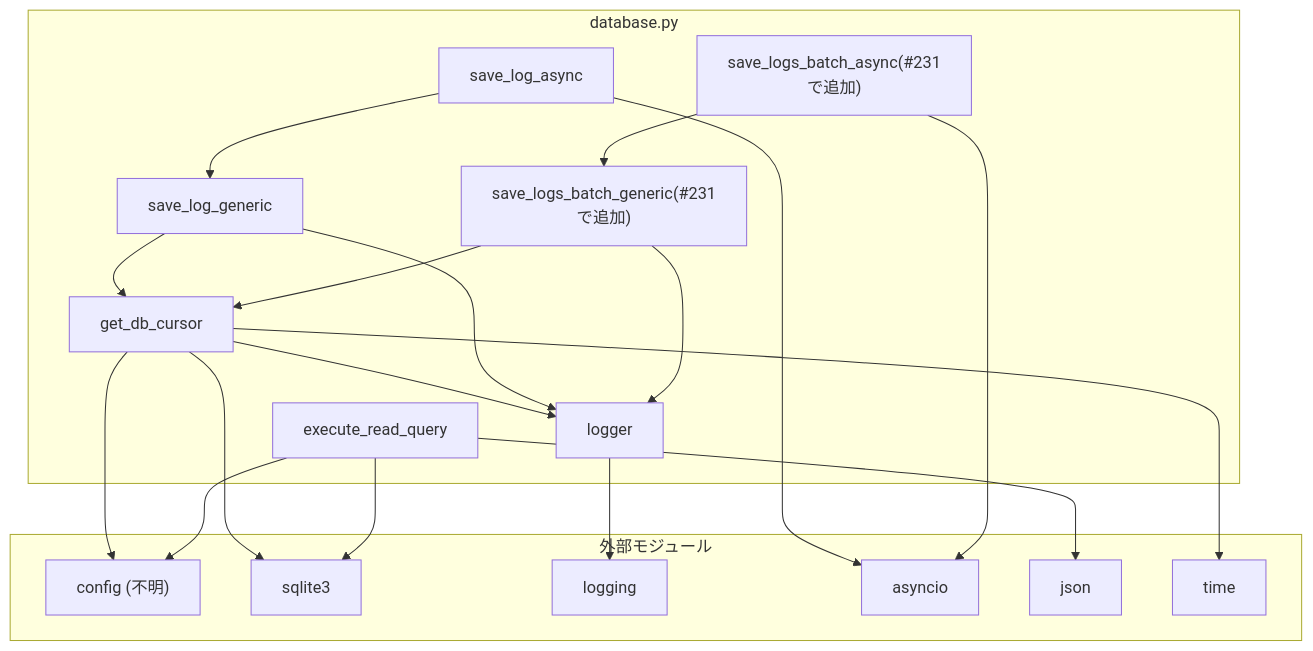
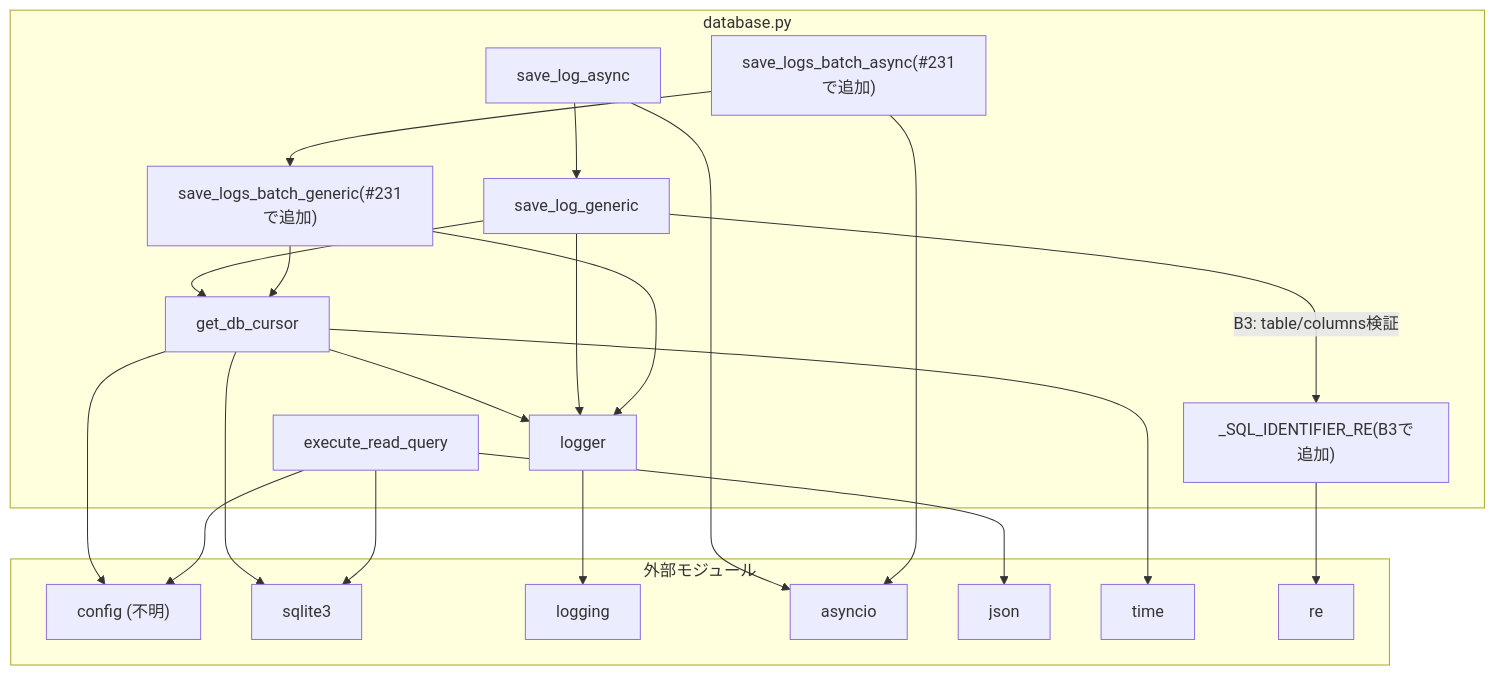
One commit to mmtigers/my_python_project changed the second of 2 diagrams in docs/specifications/MY_HOME_SYSTEM/database.md. Above: the diagram before and after it, drawn with Mermaid. The commit also changed other lines of this file and 3 other files, not shown here.

````diff
--- a/docs/specifications/MY_HOME_SYSTEM/database.md
+++ b/docs/specifications/MY_HOME_SYSTEM/database.md
@@ -240,45 +254,50 @@
 ```mermaid
 graph TD
     subgraph database.py
         logger
+        sql_identifier_re["_SQL_IDENTIFIER_RE(B3で追加)"]
         get_db_cursor
         execute_read_query
         save_log_generic
         save_log_async
         save_logs_batch_generic["save_logs_batch_generic(#231で追加)"]
         save_logs_batch_async["save_logs_batch_async(#231で追加)"]
     end
 
     subgraph 外部モジュール
         config["config (不明)"]
         sqlite3["sqlite3"]
         logging["logging"]
         asyncio["asyncio"]
         json["json"]
         time["time"]
+        re["re"]
     end
+
+    sql_identifier_re --> re
 
     get_db_cursor --> config
     get_db_cursor --> sqlite3
     get_db_cursor --> time
     get_db_cursor --> logger
 
     execute_read_query --> config
     execute_read_query --> sqlite3
     execute_read_query --> json
 
     save_log_generic --> get_db_cursor
     save_log_generic --> logger
+    save_log_generic -->|B3: table/columns検証| sql_identifier_re
 
     save_log_async --> asyncio
     save_log_async --> save_log_generic
 
     save_logs_batch_generic --> get_db_cursor
     save_logs_batch_generic --> logger
 
     save_logs_batch_async --> asyncio
     save_logs_batch_async --> save_logs_batch_generic
 
     logger --> logging
 
 ```
````
